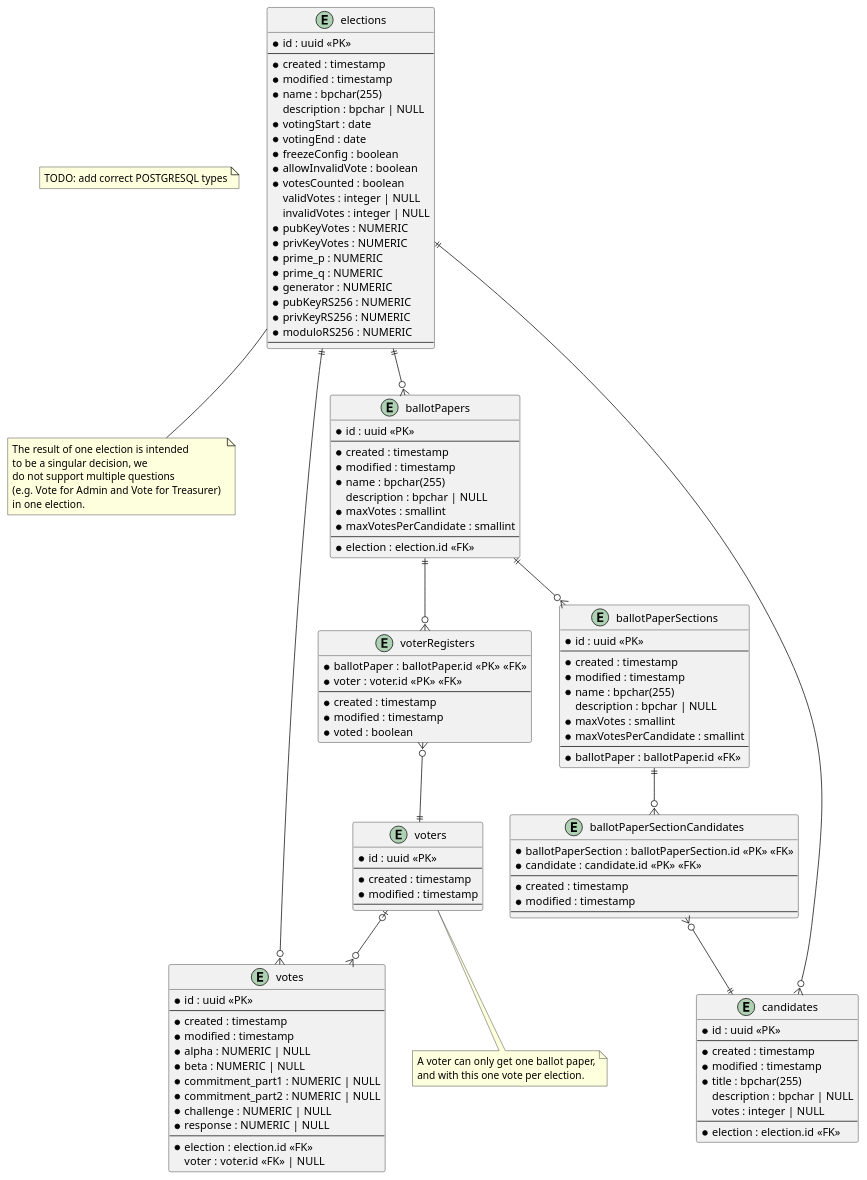
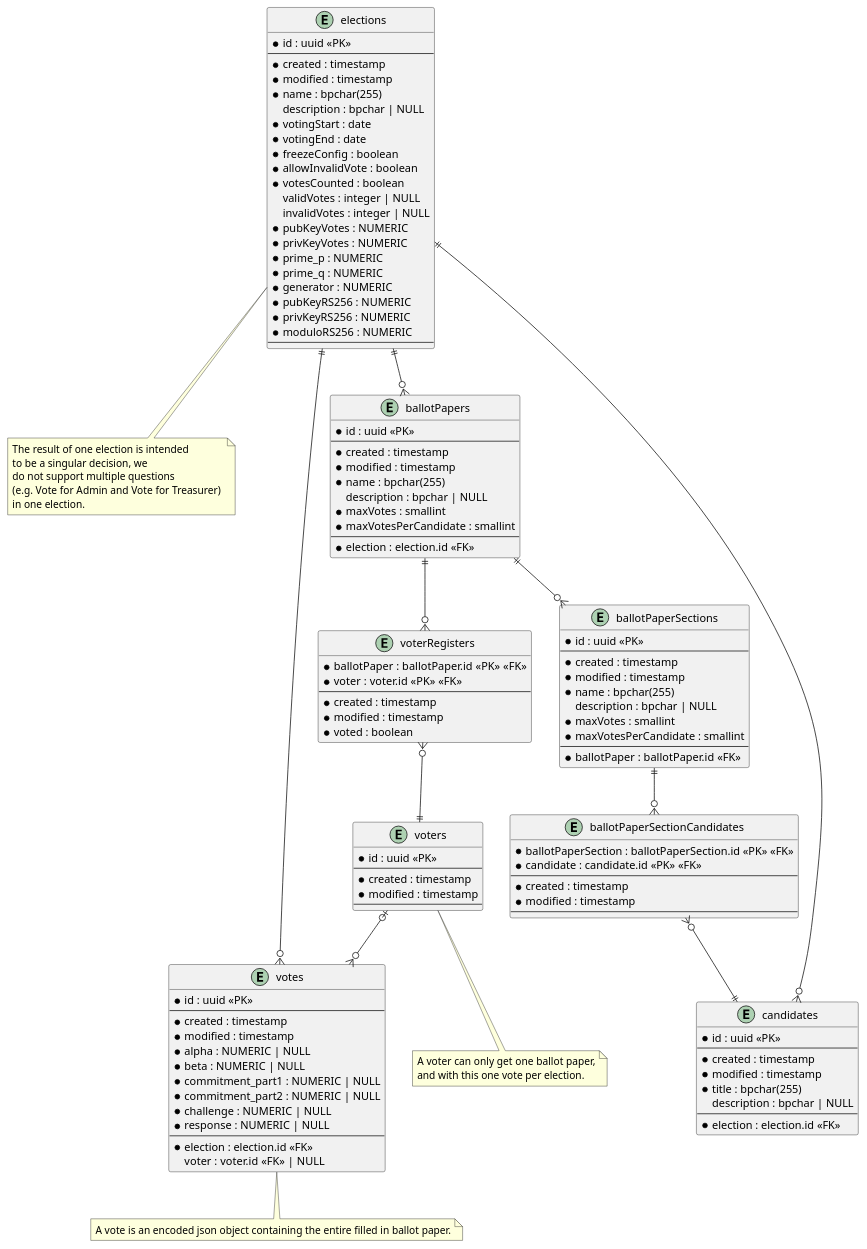
The diagram in apps/docs/static/uml/dataModel.puml (SE-UUlm/votura), drawn with PlantUML before and after one commit.

Commit message:
#43: Update data model according to stakholder meeting on 2025-05-07

```diff
--- a/apps/docs/static/uml/dataModel.puml
+++ b/apps/docs/static/uml/dataModel.puml
@@ -1,146 +1,145 @@
 @startuml dataModel
-
-note as N1
-TODO: add correct POSTGRESQL types
-end note
 
 entity "elections" as elections {
     * id : uuid <<PK>>
     --
     * created : timestamp
     * modified : timestamp
     * name : bpchar(255)
     description : bpchar | NULL
     * votingStart : date
     * votingEnd : date
     * freezeConfig : boolean
     * allowInvalidVote : boolean
     * votesCounted : boolean
     ' Computed values such as validVotes and invalidVotes are critical - do we really want to store them?
     validVotes : integer | NULL
     invalidVotes : integer | NULL
     * pubKeyVotes : NUMERIC
     * privKeyVotes : NUMERIC
     * prime_p : NUMERIC 
     * prime_q : NUMERIC
     * generator : NUMERIC
     * pubKeyRS256 : NUMERIC
     * privKeyRS256 : NUMERIC
     * moduloRS256 : NUMERIC
     --
 }
 
 note as N2
 The result of one election is intended 
 to be a singular decision, we 
 do not support multiple questions 
 (e.g. Vote for Admin and Vote for Treasurer) 
 in one election.
 end note
 
 entity "ballotPapers" as ballotPapers {
     * id : uuid <<PK>>
     --
     * created : timestamp
     * modified : timestamp
     * name : bpchar(255)
     description : bpchar | NULL
     * maxVotes : smallint
     * maxVotesPerCandidate : smallint
     --
     * election : election.id <<FK>>
 }
 
 entity "ballotPaperSections" as ballotPaperSections {
     * id : uuid <<PK>>
     --
     * created : timestamp
     * modified : timestamp
     * name : bpchar(255)
     description : bpchar | NULL
     * maxVotes : smallint
     * maxVotesPerCandidate : smallint
     --
     * ballotPaper : ballotPaper.id <<FK>>
 }
 ' note as C_2
 ' If at least two ballotPaperSections are created for one ballotPaper, 
 ' the name field of the ballotPaperSections is mandatory.
 ' end note
 
 entity "ballotPaperSectionCandidates" as ballotPaperSectionCandidates {
     * ballotPaperSection : ballotPaperSection.id <<PK>> <<FK>>
     * candidate : candidate.id <<PK>> <<FK>>
     --
     * created : timestamp
     * modified : timestamp
     --
 }
 
 entity "candidates" as candidates {
     * id : uuid <<PK>>
     --
     * created : timestamp
     * modified : timestamp
     * title : bpchar(255)
     description : bpchar | NULL
-    votes : integer | NULL
     --
     * election : election.id <<FK>>
 }
 
 entity "votes" as votes {
     * id : uuid <<PK>>
     --
     * created : timestamp
     * modified : timestamp
     * alpha : NUMERIC | NULL
     * beta : NUMERIC | NULL
     * commitment_part1 : NUMERIC | NULL
     * commitment_part2 : NUMERIC | NULL
     * challenge : NUMERIC | NULL
     * response : NUMERIC | NULL
     --
     * election : election.id <<FK>>
     ' if the vote isn't secret, voter can be saved
     voter : voter.id <<FK>> | NULL
 }
+note as N4
+A vote is an encoded json object containing the entire filled in ballot paper.
+end note
 
 entity "voterRegisters" as voterRegisters {
     * ballotPaper : ballotPaper.id <<PK>> <<FK>>
     * voter : voter.id <<PK>> <<FK>>
     --
     * created : timestamp
     * modified : timestamp
     * voted : boolean
 }
 
 entity "voters" as voters {
     * id : uuid <<PK>>
     --
     * created : timestamp
     * modified : timestamp
     --
 }
 note as N3
 A voter can only get one ballot paper,
 and with this one vote per election.
 end note
 
 
 elections ||--o{ ballotPapers
 elections -- N2
 elections ||--o{ candidates
 ballotPapers ||--o{ voterRegisters
 voterRegisters }o--|| voters
 ballotPapers ||--o{ ballotPaperSections
 ' ballotPaperSections -- C_2
 ballotPaperSections ||--o{ ballotPaperSectionCandidates
 ballotPaperSectionCandidates }o--|| candidates
 votes }o--|| elections
 voters |o--o{ votes
 voters -- N3
+votes -- N4
 
 
 
 @enduml
```
